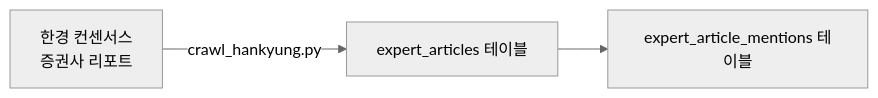
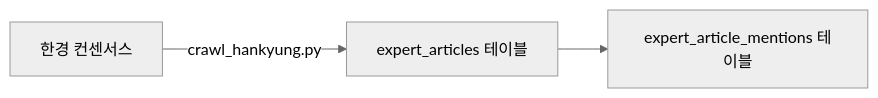
Before and after one commit to suyeongpark/human-index: the second of 3 diagrams in docs/project-structure.md, drawn with Mermaid (neutral theme). The commit also changed other lines of this file and 1 other file, not shown here.

````diff
--- a/docs/project-structure.md
+++ b/docs/project-structure.md
@@ -107,5 +131,5 @@
 ```mermaid
 graph LR
-    A[한경 컨센서스<br>증권사 리포트] -->|crawl_hankyung.py| B[expert_articles 테이블]
+    A[한경 컨센서스] -->|crawl_hankyung.py| B[expert_articles 테이블]
     B --> C[expert_article_mentions 테이블]
 ```
````
